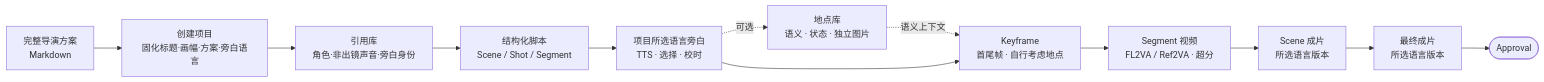
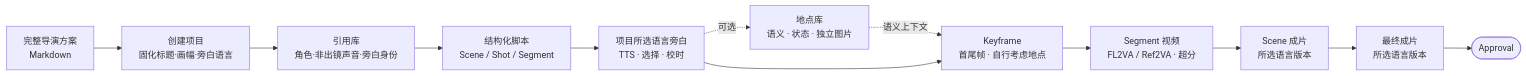
Before and after one commit to LJXLJXLJX/StoryRail: the diagram in docs/product.md, drawn with Mermaid. The commit also changed other lines of this file and 27 other files, not shown here.

````diff
--- a/docs/product.md
+++ b/docs/product.md
@@ -14,14 +14,14 @@
 ```mermaid
 flowchart LR
-    plan[完整导演方案<br/>Markdown] --> project[创建项目<br/>固化标题·画幅·方案·旁白语言]
+    plan[完整导演方案<br/>Markdown] --> project[创建项目<br/>固化标题·画幅·旁白语言]
     project --> refs[引用库<br/>角色·非出镜声音·旁白身份]
     refs --> script[结构化脚本<br/>Scene / Shot / Segment]
     script --> narration[项目所选语言旁白<br/>TTS · 选择 · 校时]
     narration -.可选.-> loc[地点库<br/>语义 · 状态 · 独立图片]
     loc -.语义上下文.-> kf[Keyframe<br/>首尾帧 · 自行考虑地点]
     narration --> kf
     kf --> video[Segment 视频<br/>FL2VA / Ref2VA · 超分]
     video --> scenefinal[Scene 成片<br/>所选语言版本]
     scenefinal --> final[最终成片<br/>所选语言版本]
     final --> approval([Approval])
 ```
````
